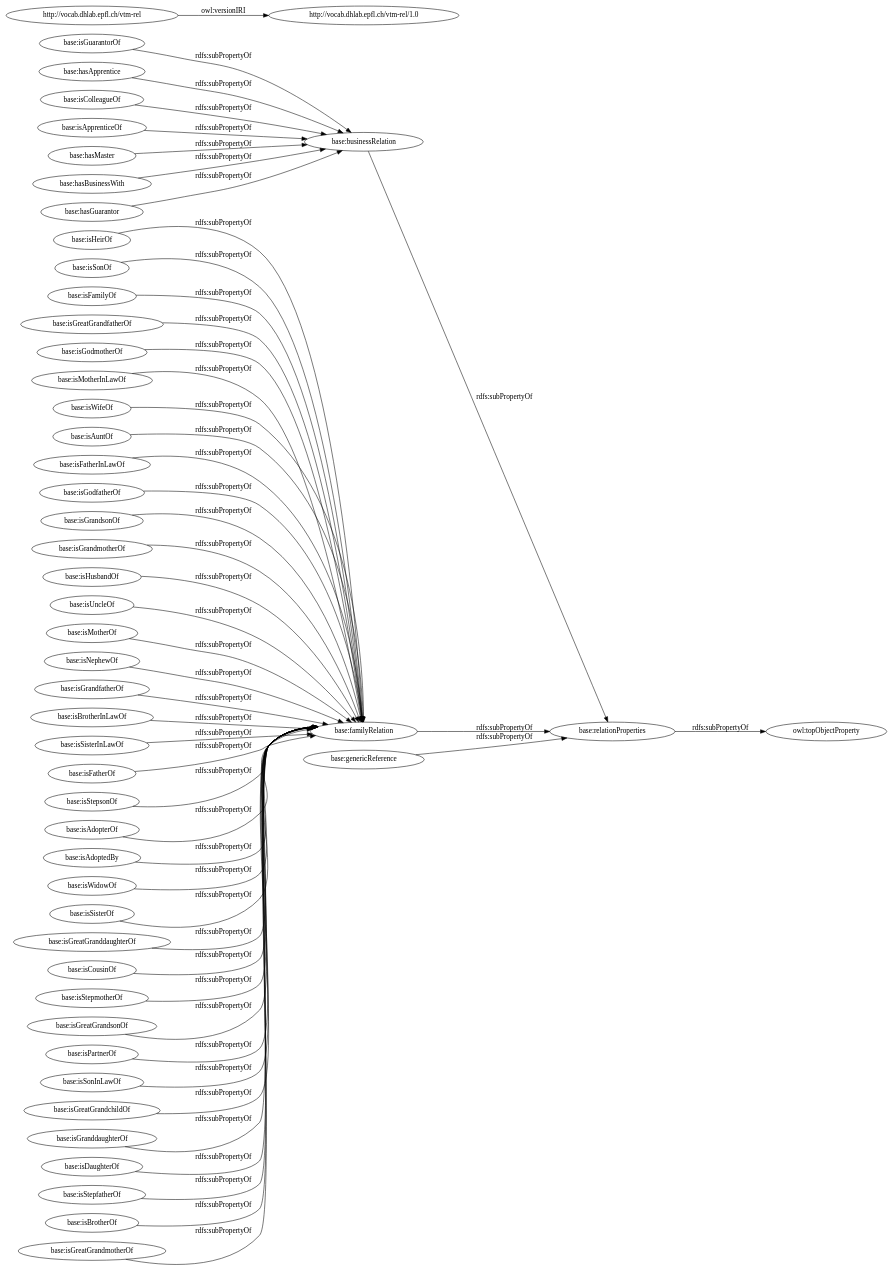
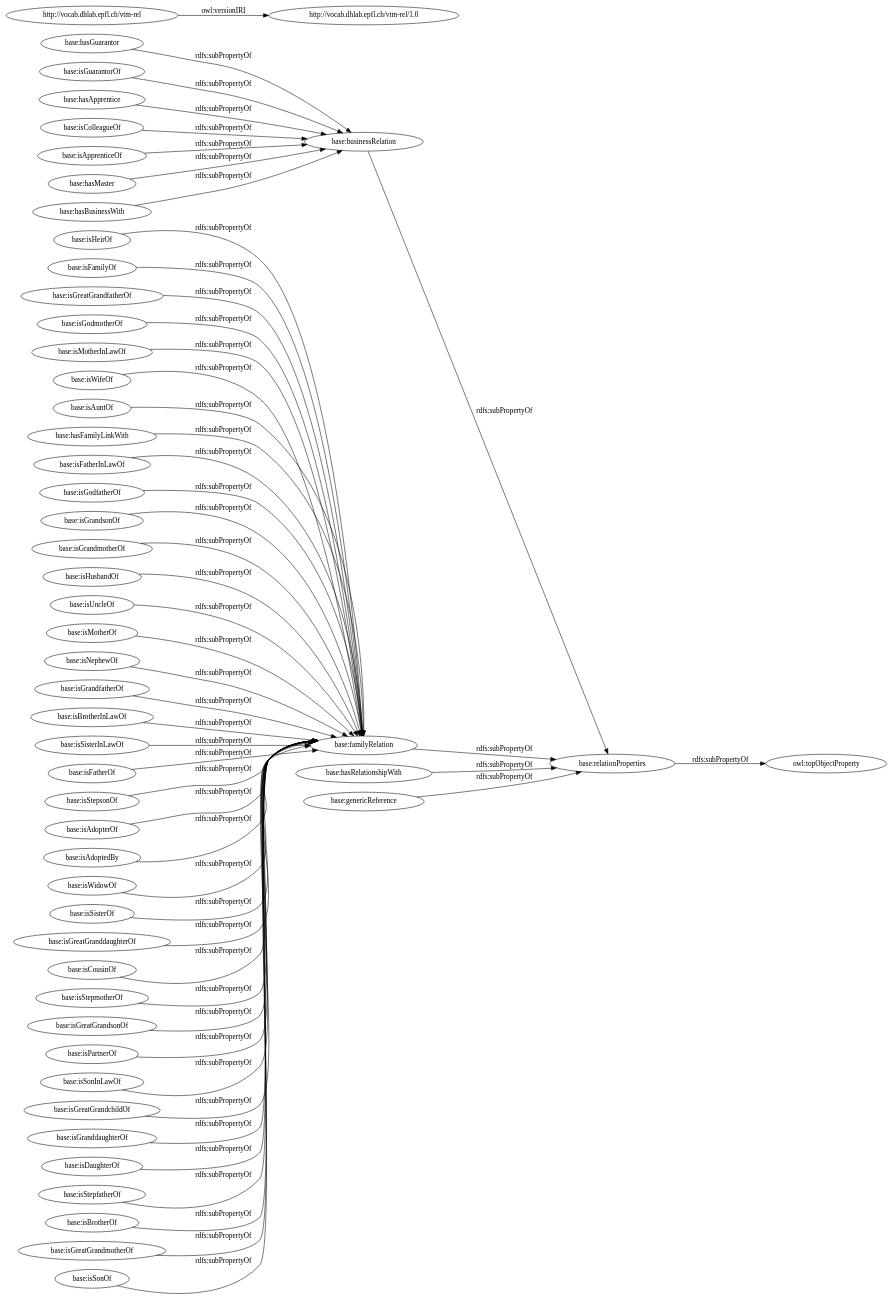
One commit to OnToologyUser/ontology-vtm changed the diagram in OnToology/ontology-vtm-rel/vtm-rel-1.0.owl/diagrams/ar2dtool-class/vtm-rel-1.0.owl.png.dot. Above: the diagram before and after it, drawn with Graphviz. The commit also changed 23 other files, not shown here.

```diff
--- a/OnToology/ontology-vtm-rel/vtm-rel-1.0.owl/diagrams/ar2dtool-class/vtm-rel-1.0.owl.png.dot
+++ b/OnToology/ontology-vtm-rel/vtm-rel-1.0.owl/diagrams/ar2dtool-class/vtm-rel-1.0.owl.png.dot
@@ -1,54 +1,56 @@
 digraph ar2dtool_diagram { 
 rankdir=LR;
 size="1501"
 	"base:isHeirOf" -> "base:familyRelation" [ label = "rdfs:subPropertyOf" ];
 	"base:isFatherInLawOf" -> "base:familyRelation" [ label = "rdfs:subPropertyOf" ];
 	"base:isGodfatherOf" -> "base:familyRelation" [ label = "rdfs:subPropertyOf" ];
 	"base:isGrandsonOf" -> "base:familyRelation" [ label = "rdfs:subPropertyOf" ];
 	"base:isGrandmotherOf" -> "base:familyRelation" [ label = "rdfs:subPropertyOf" ];
 	"base:isHusbandOf" -> "base:familyRelation" [ label = "rdfs:subPropertyOf" ];
 	"base:isUncleOf" -> "base:familyRelation" [ label = "rdfs:subPropertyOf" ];
 	"base:isColleagueOf" -> "base:businessRelation" [ label = "rdfs:subPropertyOf" ];
 	"base:isMotherOf" -> "base:familyRelation" [ label = "rdfs:subPropertyOf" ];
 	"base:isNephewOf" -> "base:familyRelation" [ label = "rdfs:subPropertyOf" ];
 	"http://vocab.dhlab.epfl.ch/vtm-rel" -> "http://vocab.dhlab.epfl.ch/vtm-rel/1.0" [ label = "owl:versionIRI" ];
 	"base:isGrandfatherOf" -> "base:familyRelation" [ label = "rdfs:subPropertyOf" ];
 	"base:isApprenticeOf" -> "base:businessRelation" [ label = "rdfs:subPropertyOf" ];
 	"base:isBrotherInLawOf" -> "base:familyRelation" [ label = "rdfs:subPropertyOf" ];
 	"base:hasMaster" -> "base:businessRelation" [ label = "rdfs:subPropertyOf" ];
 	"base:isSisterInLawOf" -> "base:familyRelation" [ label = "rdfs:subPropertyOf" ];
 	"base:isFatherOf" -> "base:familyRelation" [ label = "rdfs:subPropertyOf" ];
 	"base:isStepsonOf" -> "base:familyRelation" [ label = "rdfs:subPropertyOf" ];
 	"base:isAdopterOf" -> "base:familyRelation" [ label = "rdfs:subPropertyOf" ];
 	"base:hasBusinessWith" -> "base:businessRelation" [ label = "rdfs:subPropertyOf" ];
 	"base:isAdoptedBy" -> "base:familyRelation" [ label = "rdfs:subPropertyOf" ];
 	"base:isWidowOf" -> "base:familyRelation" [ label = "rdfs:subPropertyOf" ];
 	"base:isSisterOf" -> "base:familyRelation" [ label = "rdfs:subPropertyOf" ];
 	"base:isGreatGranddaughterOf" -> "base:familyRelation" [ label = "rdfs:subPropertyOf" ];
 	"base:isCousinOf" -> "base:familyRelation" [ label = "rdfs:subPropertyOf" ];
 	"base:businessRelation" -> "base:relationProperties" [ label = "rdfs:subPropertyOf" ];
 	"base:hasGuarantor" -> "base:businessRelation" [ label = "rdfs:subPropertyOf" ];
 	"base:isStepmotherOf" -> "base:familyRelation" [ label = "rdfs:subPropertyOf" ];
 	"base:isGreatGrandsonOf" -> "base:familyRelation" [ label = "rdfs:subPropertyOf" ];
 	"base:isPartnerOf" -> "base:familyRelation" [ label = "rdfs:subPropertyOf" ];
 	"base:isSonInLawOf" -> "base:familyRelation" [ label = "rdfs:subPropertyOf" ];
 	"base:isGuarantorOf" -> "base:businessRelation" [ label = "rdfs:subPropertyOf" ];
 	"base:isGreatGrandchildOf" -> "base:familyRelation" [ label = "rdfs:subPropertyOf" ];
 	"base:isGranddaughterOf" -> "base:familyRelation" [ label = "rdfs:subPropertyOf" ];
+	"base:hasRelationshipWith" -> "base:relationProperties" [ label = "rdfs:subPropertyOf" ];
 	"base:isDaughterOf" -> "base:familyRelation" [ label = "rdfs:subPropertyOf" ];
 	"base:isStepfatherOf" -> "base:familyRelation" [ label = "rdfs:subPropertyOf" ];
 	"base:isBrotherOf" -> "base:familyRelation" [ label = "rdfs:subPropertyOf" ];
 	"base:isGreatGrandmotherOf" -> "base:familyRelation" [ label = "rdfs:subPropertyOf" ];
 	"base:isSonOf" -> "base:familyRelation" [ label = "rdfs:subPropertyOf" ];
 	"base:hasApprentice" -> "base:businessRelation" [ label = "rdfs:subPropertyOf" ];
 	"base:isFamilyOf" -> "base:familyRelation" [ label = "rdfs:subPropertyOf" ];
 	"base:isGreatGrandfatherOf" -> "base:familyRelation" [ label = "rdfs:subPropertyOf" ];
 	"base:isGodmotherOf" -> "base:familyRelation" [ label = "rdfs:subPropertyOf" ];
 	"base:isMotherInLawOf" -> "base:familyRelation" [ label = "rdfs:subPropertyOf" ];
 	"base:genericReference" -> "base:relationProperties" [ label = "rdfs:subPropertyOf" ];
 	"base:isWifeOf" -> "base:familyRelation" [ label = "rdfs:subPropertyOf" ];
 	"base:relationProperties" -> "owl:topObjectProperty" [ label = "rdfs:subPropertyOf" ];
 	"base:isAuntOf" -> "base:familyRelation" [ label = "rdfs:subPropertyOf" ];
+	"base:hasFamilyLinkWith" -> "base:familyRelation" [ label = "rdfs:subPropertyOf" ];
 	"base:familyRelation" -> "base:relationProperties" [ label = "rdfs:subPropertyOf" ];
 
 }
```
